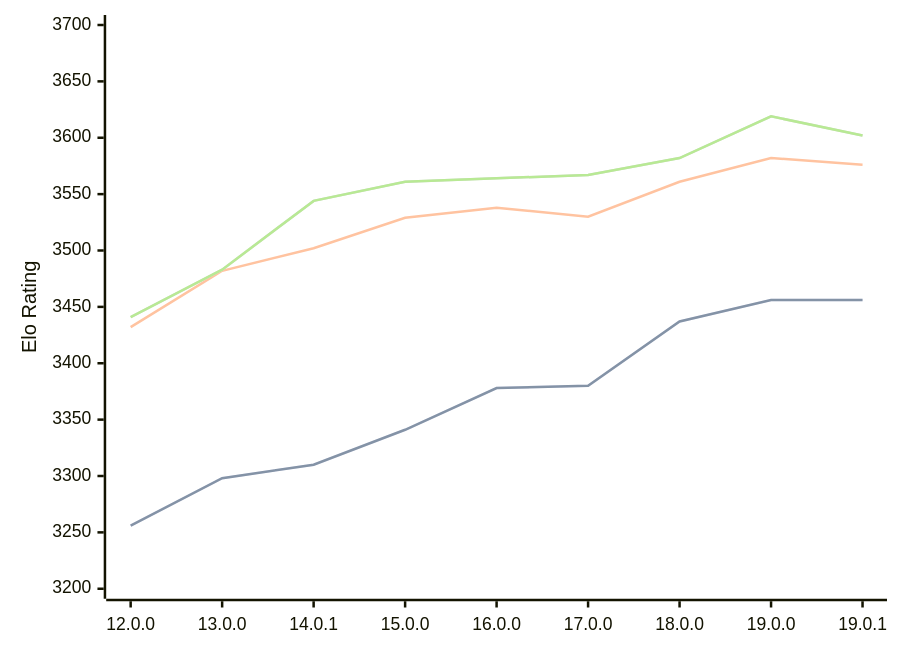
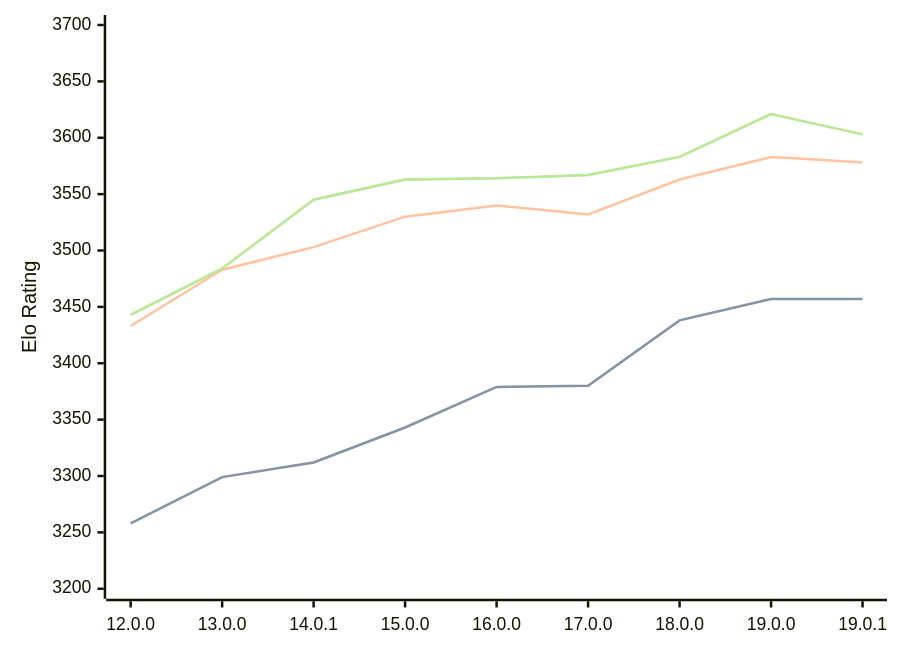
Before and after one commit to computer-chess-index/cci: the diagram in engines/Viridithas.md, drawn with Mermaid. The commit also changed other lines of this file, not shown here.

Commit message:
Update CCI Ratings (ELO VLTC) - 2026-05-16

````diff
--- a/engines/Viridithas.md
+++ b/engines/Viridithas.md
@@ -63,11 +63,11 @@
 ```mermaid
 %%{init: {"theme":"base","themeVariables":{"seriesColors:['#a3a3a3','#222221','#faa371']}}}%%
 xychart-beta
   x-axis ["12.0.0", "13.0.0", "14.0.1", "15.0.0", "16.0.0", "17.0.0", "18.0.0", "19.0.0", "19.0.1"]
   y-axis "Elo Rating" 3200 --> 3700
-  line "STC (8.0+0.08s)" [3256, 3298, 3310, 3341, 3378, 3380, 3437, 3456, 3456]
-  line "STC (8.0+0.08s)" [3256, 3298, 3310, 3341, 3378, 3380, 3437, 3456, 3456]
-  line "LTC (60.0+0.60s)" [3432, 3482, 3502, 3529, 3538, 3530, 3561, 3582, 3576]
-  line "VLTC (2m24s+1.12s)" [3441, 3483, 3544, 3561, 3564, 3567, 3582, 3619, 3602]
-  line "VLTC (2m24s+1.12s)" [3441, 3483, 3544, 3561, 3564, 3567, 3582, 3619, 3602]
+  line "STC (8.0+0.08s)" [3258, 3299, 3312, 3343, 3379, 3380, 3438, 3457, 3457]
+  line "STC (8.0+0.08s)" [3258, 3299, 3312, 3343, 3379, 3380, 3438, 3457, 3457]
+  line "LTC (60.0+0.60s)" [3433, 3483, 3503, 3530, 3540, 3532, 3563, 3583, 3578]
+  line "VLTC (2m24s+1.12s)" [3443, 3484, 3545, 3563, 3564, 3567, 3583, 3621, 3603]
+  line "VLTC (2m24s+1.12s)" [3443, 3484, 3545, 3563, 3564, 3567, 3583, 3621, 3603]
 ```
````
